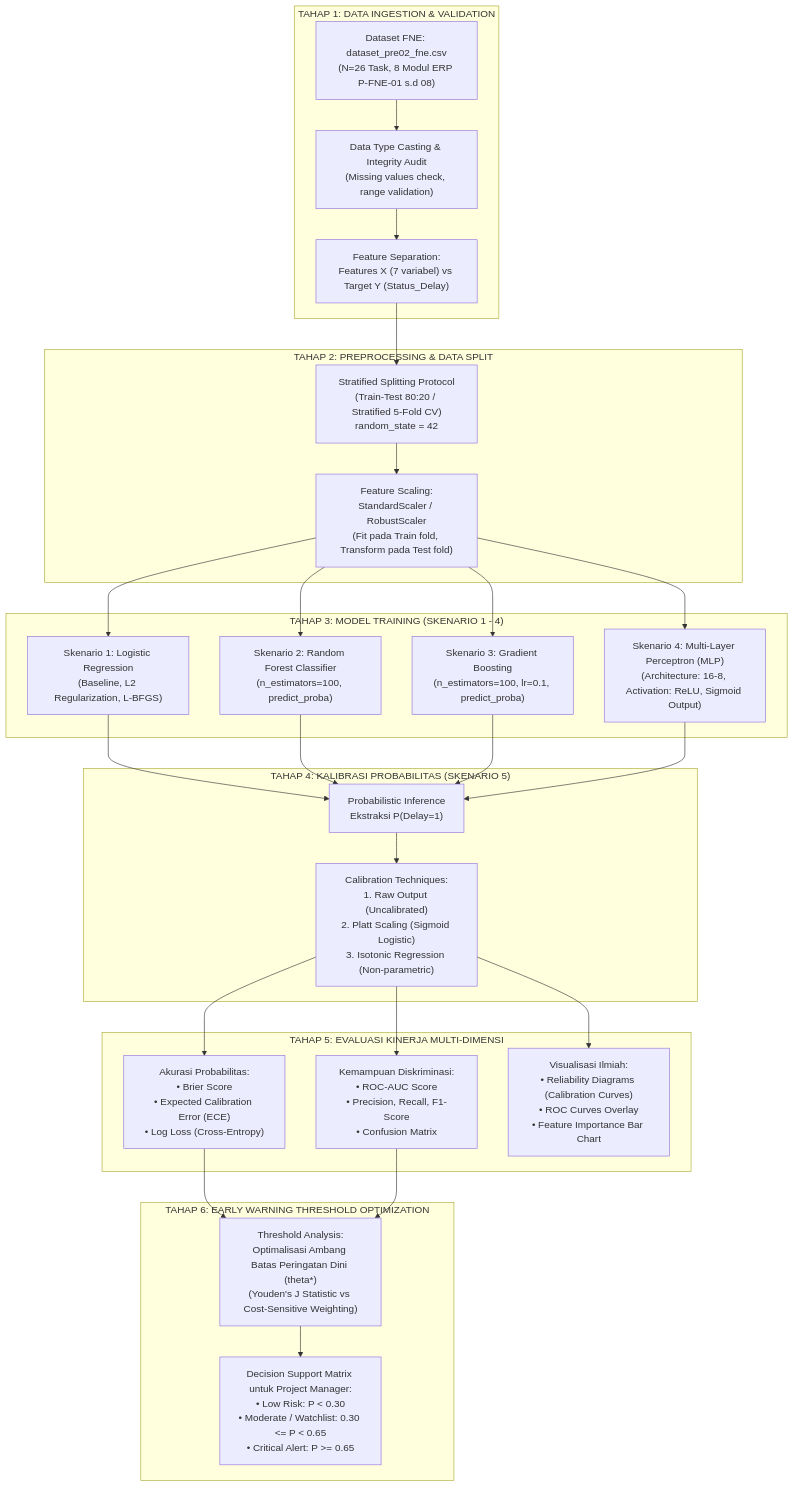
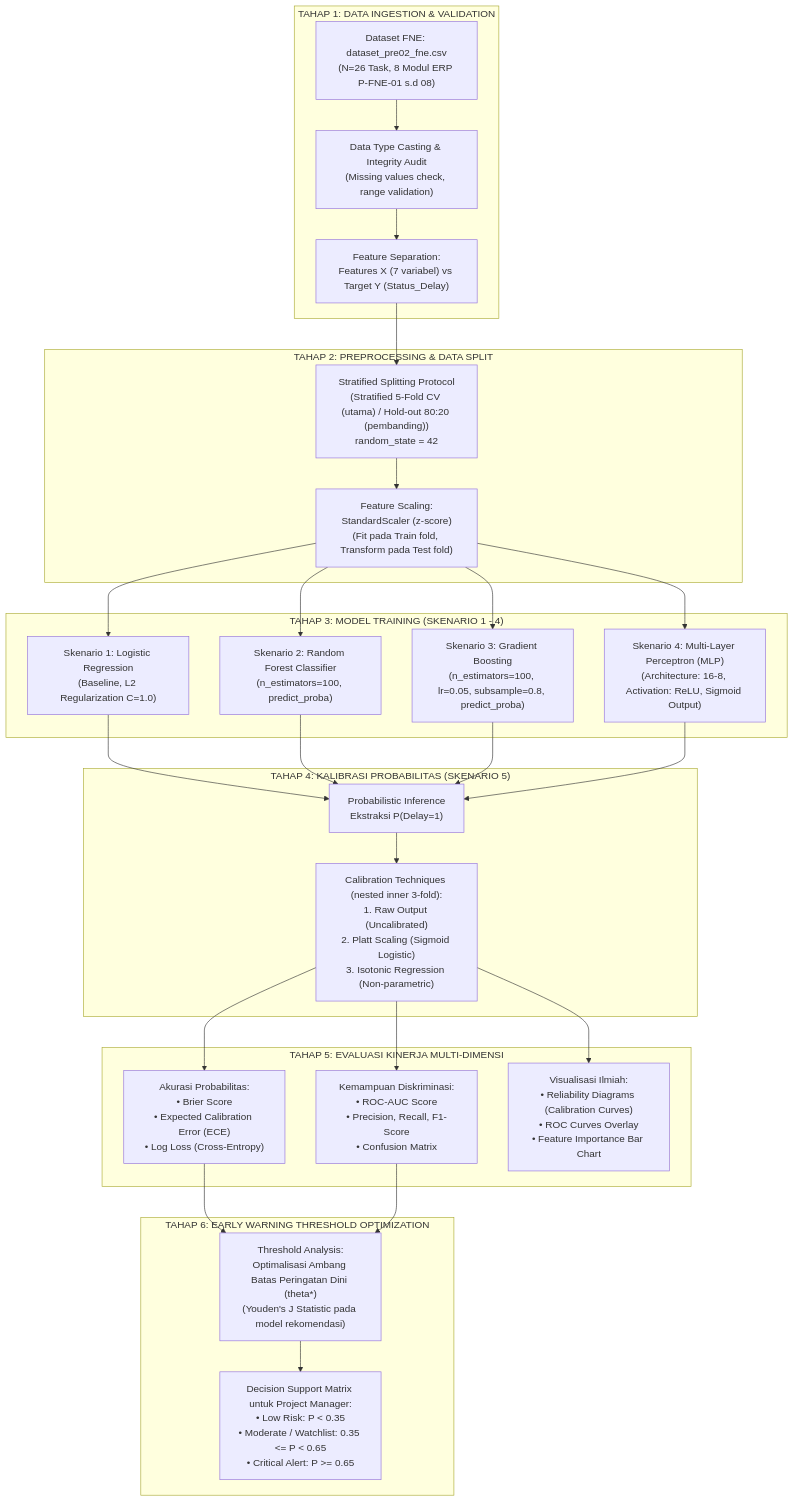
Before and after one commit to mug31/MP-PRE-02: the diagram in 04_implemen_desain_eksperimen/01_Flow_dan_Skenario_Eksperimen.md, drawn with Mermaid. The commit also changed other lines of this file and 13 other files, not shown here.

````diff
--- a/04_implemen_desain_eksperimen/01_Flow_dan_Skenario_Eksperimen.md
+++ b/04_implemen_desain_eksperimen/01_Flow_dan_Skenario_Eksperimen.md
@@ -23,35 +23,35 @@
 ```mermaid
 flowchart TD
     subgraph S1["TAHAP 1: DATA INGESTION & VALIDATION"]
         A1["Dataset FNE: dataset_pre02_fne.csv<br>(N=26 Task, 8 Modul ERP P-FNE-01 s.d 08)"] --> A2["Data Type Casting & Integrity Audit<br>(Missing values check, range validation)"]
         A2 --> A3["Feature Separation:<br>Features X (7 variabel) vs Target Y (Status_Delay)"]
     end
 
     subgraph S2["TAHAP 2: PREPROCESSING & DATA SPLIT"]
-        A3 --> B1["Stratified Splitting Protocol<br>(Train-Test 80:20 / Stratified 5-Fold CV)<br>random_state = 42"]
-        B1 --> B2["Feature Scaling:<br>StandardScaler / RobustScaler<br>(Fit pada Train fold, Transform pada Test fold)"]
+        A3 --> B1["Stratified Splitting Protocol<br>(Stratified 5-Fold CV (utama) / Hold-out 80:20 (pembanding))<br>random_state = 42"]
+        B1 --> B2["Feature Scaling:<br>StandardScaler (z-score)<br>(Fit pada Train fold, Transform pada Test fold)"]
     end
 
     subgraph S3["TAHAP 3: MODEL TRAINING (SKENARIO 1 - 4)"]
-        B2 --> C1["Skenario 1: Logistic Regression<br>(Baseline, L2 Regularization, L-BFGS)"]
+        B2 --> C1["Skenario 1: Logistic Regression<br>(Baseline, L2 Regularization C=1.0)"]
         B2 --> C2["Skenario 2: Random Forest Classifier<br>(n_estimators=100, predict_proba)"]
-        B2 --> C3["Skenario 3: Gradient Boosting<br>(n_estimators=100, lr=0.1, predict_proba)"]
+        B2 --> C3["Skenario 3: Gradient Boosting<br>(n_estimators=100, lr=0.05, subsample=0.8, predict_proba)"]
         B2 --> C4["Skenario 4: Multi-Layer Perceptron (MLP)<br>(Architecture: 16-8, Activation: ReLU, Sigmoid Output)"]
     end
 
     subgraph S4["TAHAP 4: KALIBRASI PROBABILITAS (SKENARIO 5)"]
         C1 & C2 & C3 & C4 --> D1["Probabilistic Inference<br>Ekstraksi P(Delay=1)"]
-        D1 --> D2["Calibration Techniques:<br>1. Raw Output (Uncalibrated)<br>2. Platt Scaling (Sigmoid Logistic)<br>3. Isotonic Regression (Non-parametric)"]
+        D1 --> D2["Calibration Techniques (nested inner 3-fold):<br>1. Raw Output (Uncalibrated)<br>2. Platt Scaling (Sigmoid Logistic)<br>3. Isotonic Regression (Non-parametric)"]
     end
 
     subgraph S5["TAHAP 5: EVALUASI KINERJA MULTI-DIMENSI"]
         D2 --> E1["Akurasi Probabilitas:<br>• Brier Score<br>• Expected Calibration Error (ECE)<br>• Log Loss (Cross-Entropy)"]
         D2 --> E2["Kemampuan Diskriminasi:<br>• ROC-AUC Score<br>• Precision, Recall, F1-Score<br>• Confusion Matrix"]
         D2 --> E3["Visualisasi Ilmiah:<br>• Reliability Diagrams (Calibration Curves)<br>• ROC Curves Overlay<br>• Feature Importance Bar Chart"]
     end
 
     subgraph S6["TAHAP 6: EARLY WARNING THRESHOLD OPTIMIZATION"]
-        E1 & E2 --> F1["Threshold Analysis:<br>Optimalisasi Ambang Batas Peringatan Dini (theta*)<br>(Youden's J Statistic vs Cost-Sensitive Weighting)"]
-        F1 --> F2["Decision Support Matrix untuk Project Manager:<br>• Low Risk: P < 0.30<br>• Moderate / Watchlist: 0.30 <= P < 0.65<br>• Critical Alert: P >= 0.65"]
+        E1 & E2 --> F1["Threshold Analysis:<br>Optimalisasi Ambang Batas Peringatan Dini (theta*)<br>(Youden's J Statistic pada model rekomendasi)"]
+        F1 --> F2["Decision Support Matrix untuk Project Manager:<br>• Low Risk: P < 0.35<br>• Moderate / Watchlist: 0.35 <= P < 0.65<br>• Critical Alert: P >= 0.65"]
     end
 ```
````
